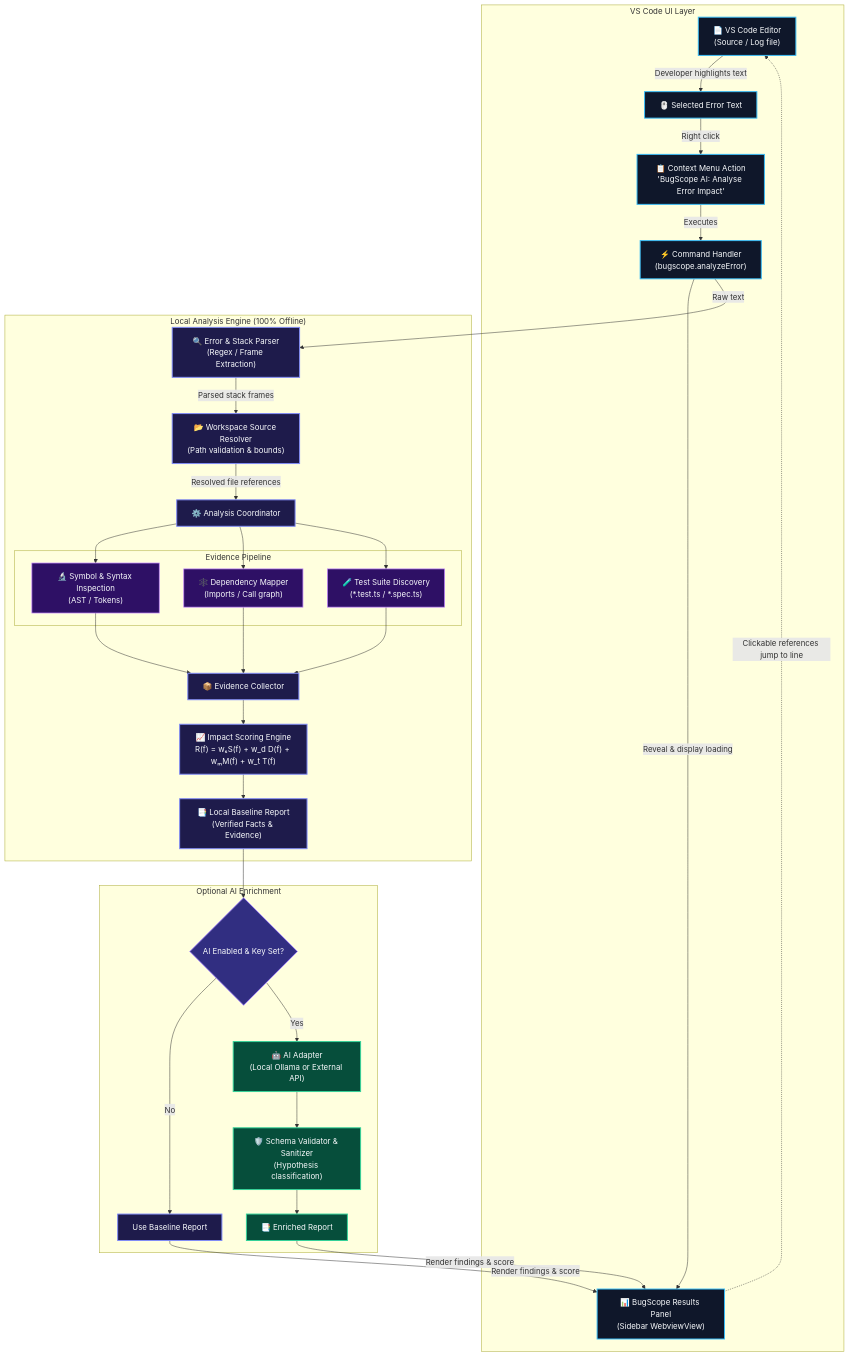
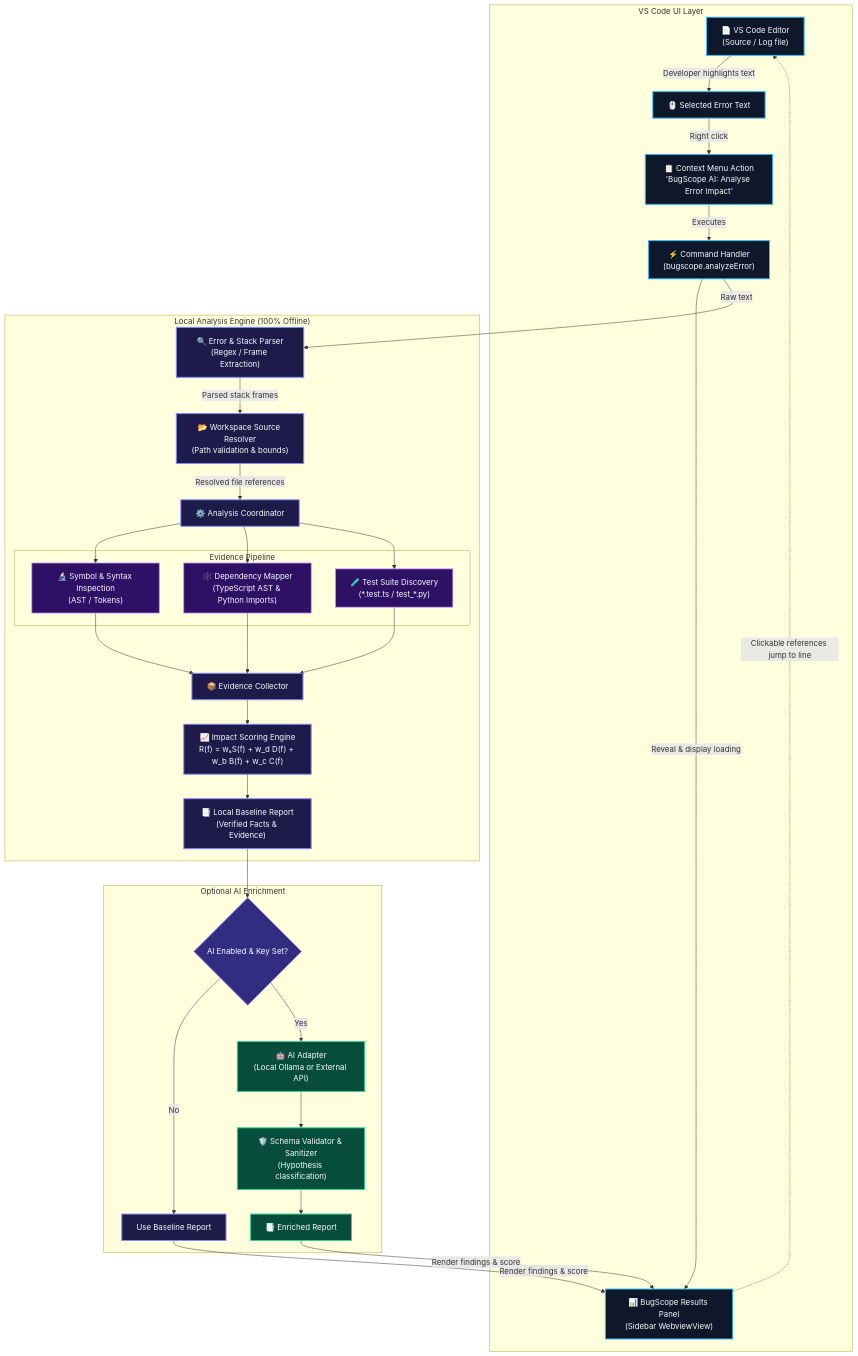
Before and after one commit to saranraj1/BugScope-AI: the diagram in README.md, drawn with Mermaid. The commit also changed other lines of this file and 16 other files, not shown here.

````diff
--- a/README.md
+++ b/README.md
@@ -42,66 +58,66 @@
 ```mermaid
 flowchart TD
     subgraph UI ["VS Code UI Layer"]
         Editor["📄 VS Code Editor<br/>(Source / Log file)"]
         Selection["🖱️ Selected Error Text"]
         Menu["📋 Context Menu Action<br/>'BugScope AI: Analyse Error Impact'"]
         CmdHandler["⚡ Command Handler<br/>(bugscope.analyzeError)"]
         ResultsView["📊 BugScope Results Panel<br/>(Sidebar WebviewView)"]
 
         Editor -->|"Developer highlights text"| Selection
         Selection -->|"Right click"| Menu
         Menu -->|"Executes"| CmdHandler
         CmdHandler -->|"Reveal & display loading"| ResultsView
     end
 
     subgraph Core ["Local Analysis Engine (100% Offline)"]
         ErrorParser["🔍 Error & Stack Parser<br/>(Regex / Frame Extraction)"]
         SourceResolver["📂 Workspace Source Resolver<br/>(Path validation & bounds)"]
         LocalEngine["⚙️ Analysis Coordinator"]
 
         CmdHandler -->|"Raw text"| ErrorParser
         ErrorParser -->|"Parsed stack frames"| SourceResolver
         SourceResolver -->|"Resolved file references"| LocalEngine
 
         subgraph Pipeline ["Evidence Pipeline"]
             SymbolInspection["🔬 Symbol & Syntax Inspection<br/>(AST / Tokens)"]
-            DepAnalysis["🕸️ Dependency Mapper<br/>(Imports / Call graph)"]
-            TestDiscovery["🧪 Test Suite Discovery<br/>(*.test.ts / *.spec.ts)"]
+            DepAnalysis["🕸️ Dependency Mapper<br/>(TypeScript AST & Python Imports)"]
+            TestDiscovery["🧪 Test Suite Discovery<br/>(*.test.ts / test_*.py)"]
         end
 
         LocalEngine --> SymbolInspection
         LocalEngine --> DepAnalysis
         LocalEngine --> TestDiscovery
 
         SymbolInspection --> EvidenceCollector["📦 Evidence Collector"]
         DepAnalysis --> EvidenceCollector
         TestDiscovery --> EvidenceCollector
 
-        EvidenceCollector --> ImpactRanker["📈 Impact Scoring Engine<br/>R(f) = wₛS(f) + w_d D(f) + wₘM(f) + w_t T(f)"]
+        EvidenceCollector --> ImpactRanker["📈 Impact Scoring Engine<br/>R(f) = wₛS(f) + w_d D(f) + w_b B(f) + w_c C(f)"]
         ImpactRanker --> LocalReport["📑 Local Baseline Report<br/>(Verified Facts & Evidence)"]
     end
 
     subgraph AI ["Optional AI Enrichment"]
         LocalReport --> CheckAI{"AI Enabled & Key Set?"}
         CheckAI -->|"No"| RenderLocal["Use Baseline Report"]
         CheckAI -->|"Yes"| AIAdapter["🤖 AI Adapter<br/>(Local Ollama or External API)"]
         AIAdapter --> ValidateEnrichment["🛡️ Schema Validator & Sanitizer<br/>(Hypothesis classification)"]
         ValidateEnrichment --> CombinedReport["📑 Enriched Report"]
     end
 
     RenderLocal -->|"Render findings & score"| ResultsView
     CombinedReport -->|"Render findings & score"| ResultsView
     ResultsView -.->|"Clickable references jump to line"| Editor
 
     classDef ui fill:#0f172a,stroke:#38bdf8,stroke-width:2px,color:#f8fafc;
     classDef core fill:#1e1b4b,stroke:#818cf8,stroke-width:2px,color:#f8fafc;
     classDef pipe fill:#2e1065,stroke:#c084fc,stroke-width:1.5px,color:#f8fafc;
     classDef ai fill:#064e3b,stroke:#34d399,stroke-width:2px,color:#f8fafc;
     classDef decision fill:#312e81,stroke:#a78bfa,stroke-width:2px,color:#f8fafc;
 
     class Editor,Selection,Menu,CmdHandler,ResultsView ui;
     class ErrorParser,SourceResolver,LocalEngine,EvidenceCollector,ImpactRanker,LocalReport,RenderLocal core;
     class SymbolInspection,DepAnalysis,TestDiscovery pipe;
     class AIAdapter,ValidateEnrichment,CombinedReport ai;
     class CheckAI decision;
 ```
````
